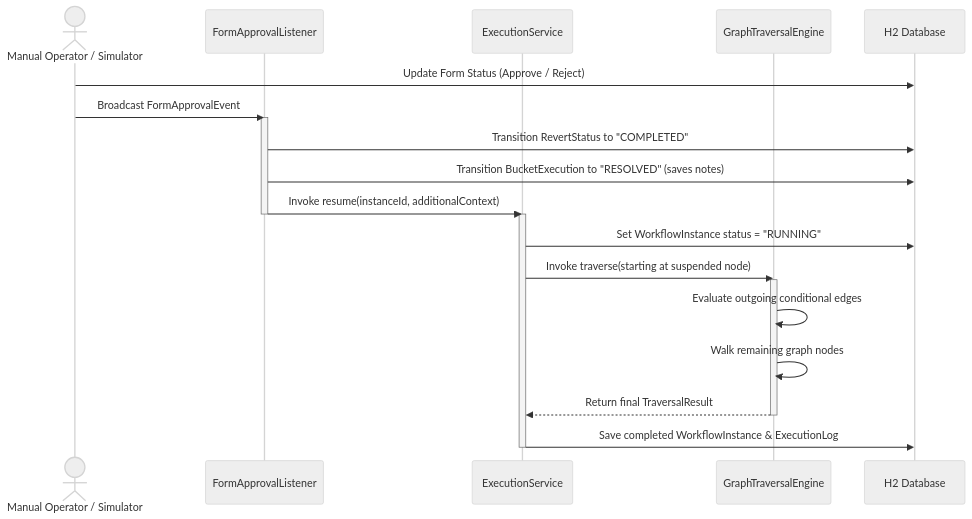
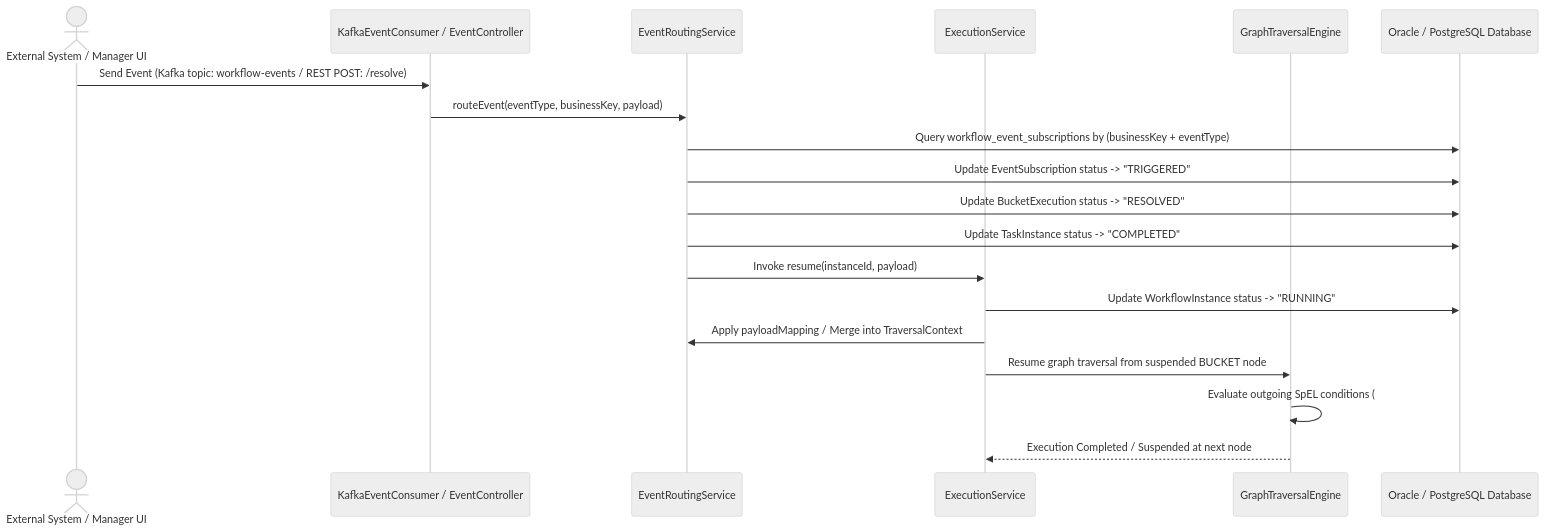
The second of 2 diagrams in buckets-backend-architecture.md (Alcatrez97/atlast_code), drawn with Mermaid (neutral theme) before and after one commit. The commit also changed other lines of this file and 6 other files, not shown here.

````diff
--- a/buckets-backend-architecture.md
+++ b/buckets-backend-architecture.md
@@ -70,31 +90,25 @@
 ```mermaid
 sequenceDiagram
-    actor User as Manual Operator / Simulator
-    participant Listener as FormApprovalListener
+    actor Subsystem as External System / Manager UI
+    participant Handler as KafkaEventConsumer / EventController
+    participant Routing as EventRoutingService
     participant ExecService as ExecutionService
     participant Traversal as GraphTraversalEngine
-    participant DB as H2 Database
+    participant DB as Oracle / PostgreSQL Database
 
-    User->>DB: Update Form Status (Approve / Reject)
-    User->>Listener: Broadcast FormApprovalEvent
+    Subsystem->>Handler: Send Event (Kafka topic: workflow-events / REST POST: /resolve)
+    Handler->>Routing: routeEvent(eventType, businessKey, payload)
     
-    activate Listener
-    Listener->>DB: Transition RevertStatus to "COMPLETED"
-    Listener->>DB: Transition BucketExecution to "RESOLVED" (saves notes)
+    Routing->>DB: Query workflow_event_subscriptions by (businessKey + eventType)
+    Routing->>DB: Update EventSubscription status -> "TRIGGERED"
+    Routing->>DB: Update BucketExecution status -> "RESOLVED"
+    Routing->>DB: Update TaskInstance status -> "COMPLETED"
     
-    Listener->>ExecService: Invoke resume(instanceId, additionalContext)
-    deactivate Listener
+    Routing->>ExecService: Invoke resume(instanceId, payload)
+    ExecService->>DB: Update WorkflowInstance status -> "RUNNING"
+    ExecService->>Routing: Apply payloadMapping / Merge into TraversalContext
     
-    activate ExecService
-    ExecService->>DB: Set WorkflowInstance status = "RUNNING"
-    ExecService->>Traversal: Invoke traverse(starting at suspended node)
-    
-    activate Traversal
-    Traversal->>Traversal: Evaluate outgoing conditional edges
-    Traversal->>Traversal: Walk remaining graph nodes
-    Traversal-->>ExecService: Return final TraversalResult
-    deactivate Traversal
-    
-    ExecService->>DB: Save completed WorkflowInstance & ExecutionLog
-    deactivate ExecService
+    ExecService->>Traversal: Resume graph traversal from suspended BUCKET node
+    Traversal->>Traversal: Evaluate outgoing SpEL conditions (#context['status'] == 'APPROVED')
+    Traversal-->>ExecService: Execution Completed / Suspended at next node
 ```
````
